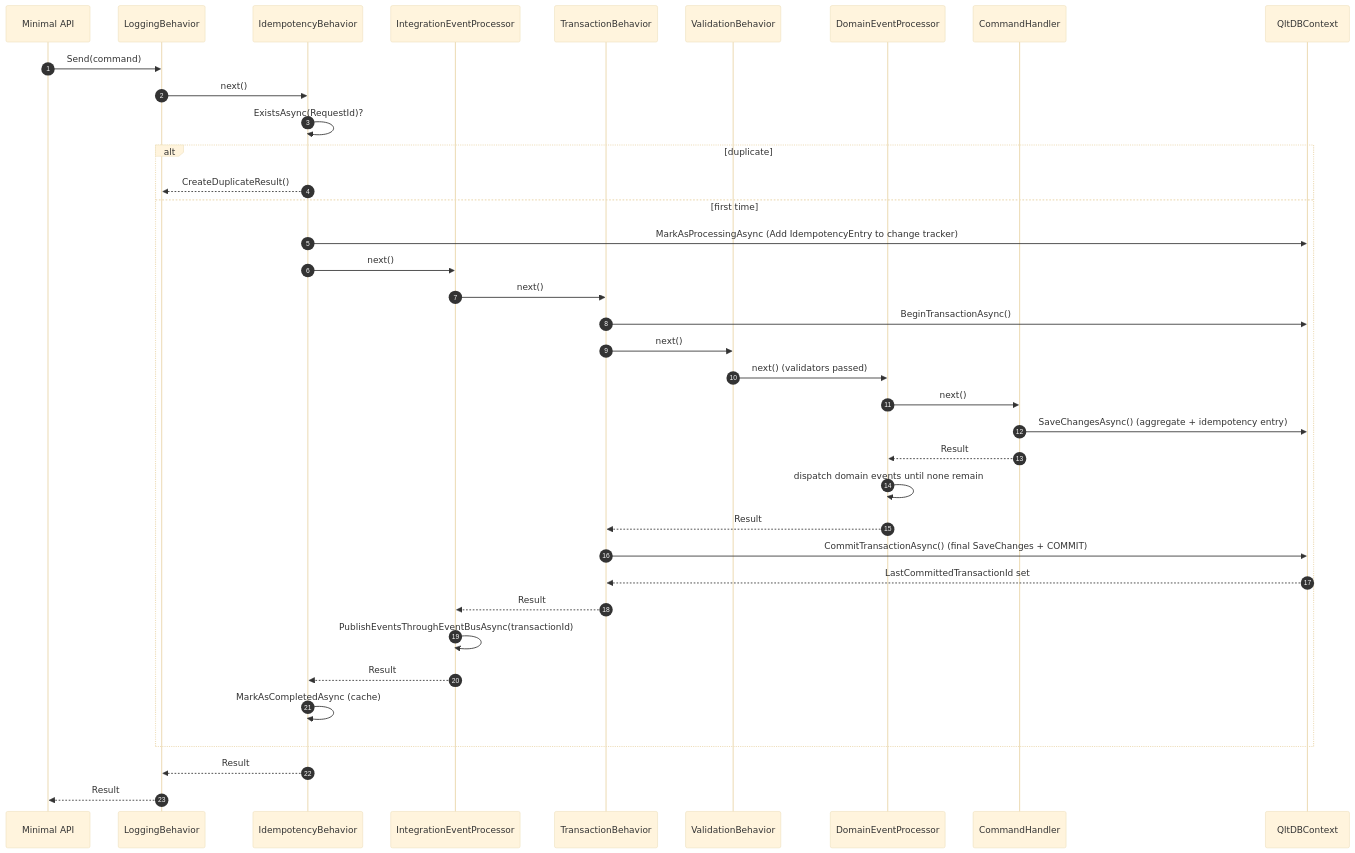
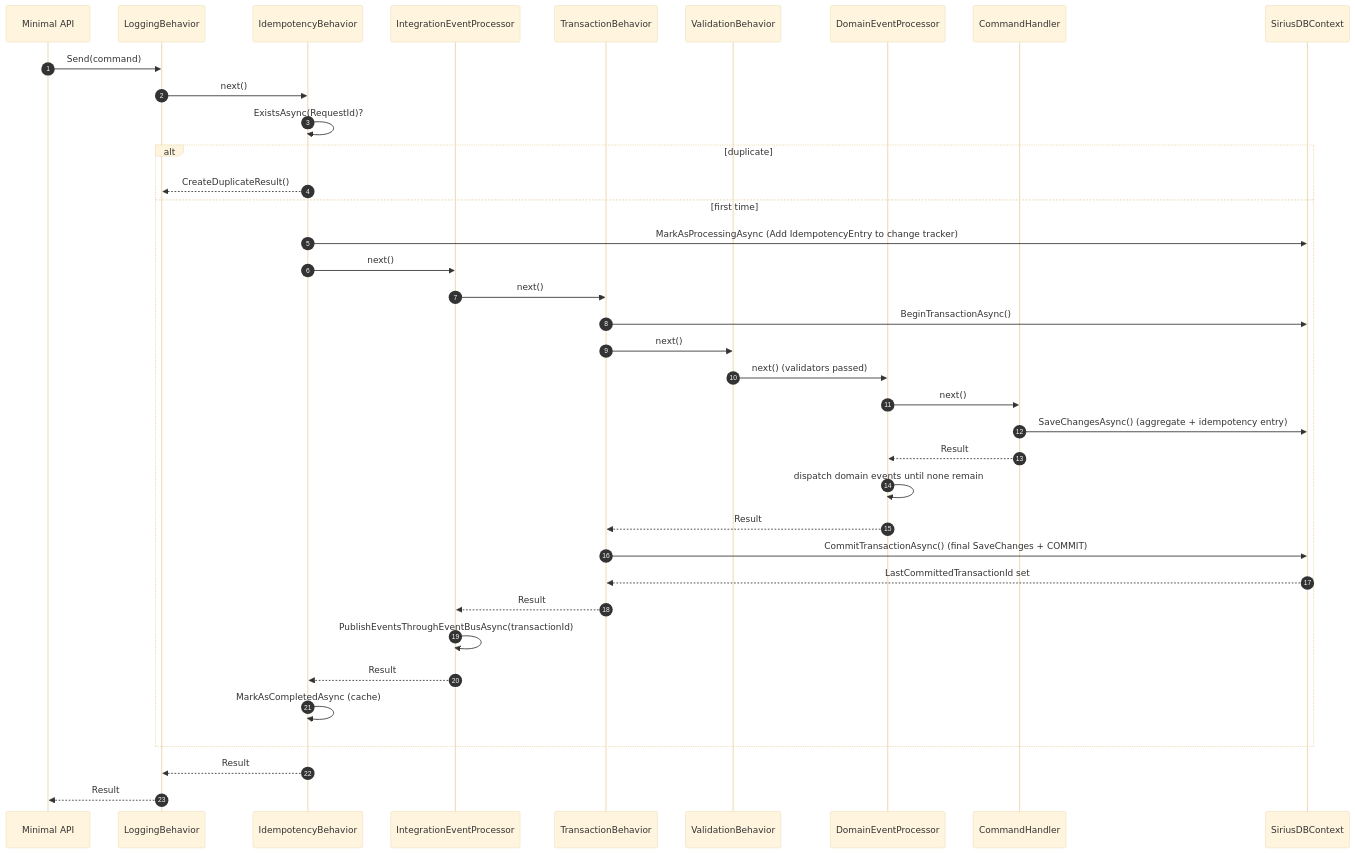
One commit to miquelalcaraz/Labs.ServicePlatform changed the second of 2 diagrams in docs/architecture/02-command-pipeline.md. Above: the diagram before and after it, drawn with Mermaid (base theme). The commit also changed other lines of this file and 1116 other files, not shown here.

````diff
--- a/docs/architecture/02-command-pipeline.md
+++ b/docs/architecture/02-command-pipeline.md
@@ -167,40 +167,40 @@
 ```mermaid
 sequenceDiagram
     autonumber
     participant API as Minimal API
     participant LOG as LoggingBehavior
     participant IDM as IdempotencyBehavior
     participant IEP as IntegrationEventProcessor
     participant TX as TransactionBehavior
     participant VAL as ValidationBehavior
     participant DEP as DomainEventProcessor
     participant H as CommandHandler
-    participant DB as QltDBContext
+    participant DB as SiriusDBContext
 
     API->>LOG: Send(command)
     LOG->>IDM: next()
     IDM->>IDM: ExistsAsync(RequestId)?
     alt duplicate
         IDM-->>LOG: CreateDuplicateResult()
     else first time
         IDM->>DB: MarkAsProcessingAsync (Add IdempotencyEntry to change tracker)
         IDM->>IEP: next()
         IEP->>TX: next()
         TX->>DB: BeginTransactionAsync()
         TX->>VAL: next()
         VAL->>DEP: next() (validators passed)
         DEP->>H: next()
         H->>DB: SaveChangesAsync() (aggregate + idempotency entry)
         H-->>DEP: Result
         DEP->>DEP: dispatch domain events until none remain
         DEP-->>TX: Result
         TX->>DB: CommitTransactionAsync() (final SaveChanges + COMMIT)
         DB-->>TX: LastCommittedTransactionId set
         TX-->>IEP: Result
         IEP->>IEP: PublishEventsThroughEventBusAsync(transactionId)
         IEP-->>IDM: Result
         IDM->>IDM: MarkAsCompletedAsync (cache)
     end
     IDM-->>LOG: Result
     LOG-->>API: Result
 ```
````
